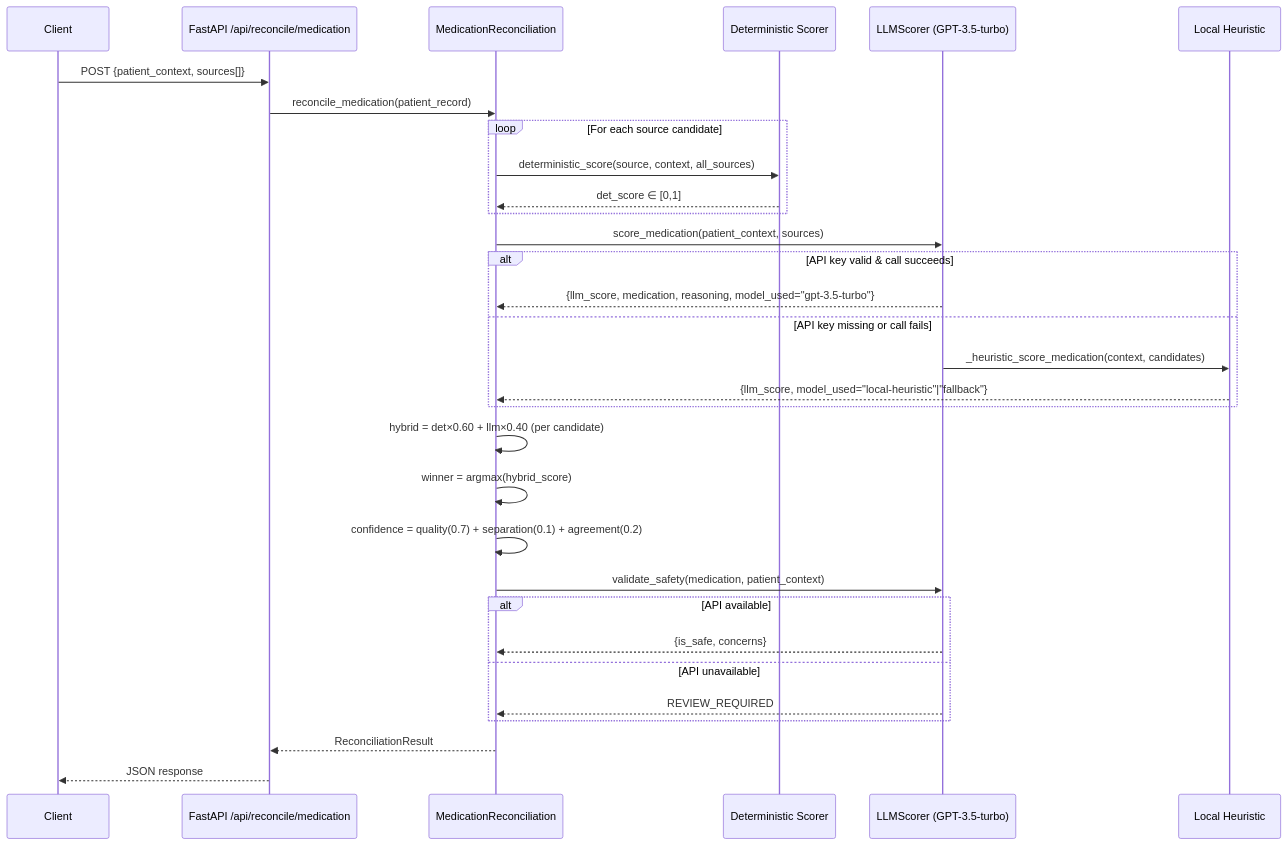
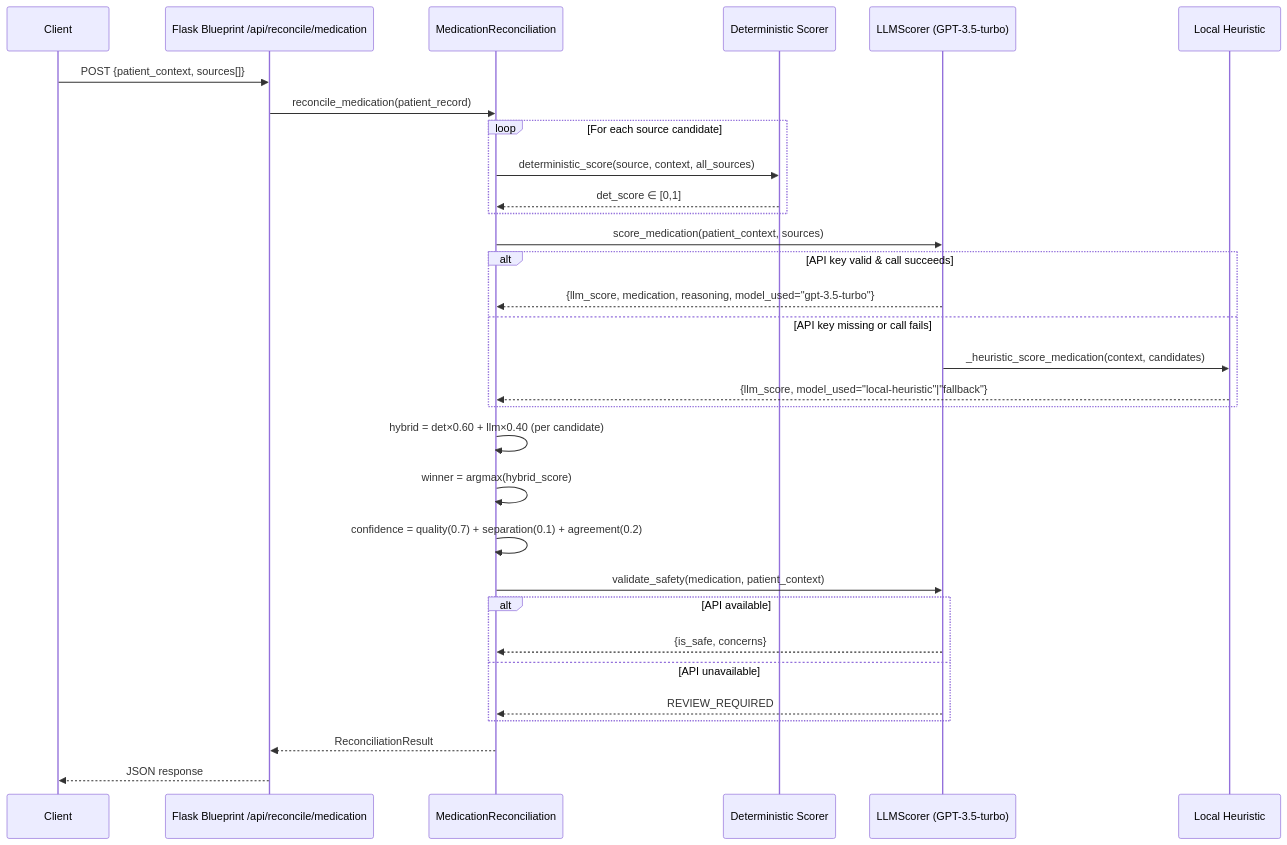
Before and after one commit to matamory/clinical-data-reconciliation: the first of 2 diagrams in docs/openspec/specs/medication-reconciliation/design.md, drawn with Mermaid. The commit also changed other lines of this file and 7 other files, not shown here.

````diff
--- a/docs/openspec/specs/medication-reconciliation/design.md
+++ b/docs/openspec/specs/medication-reconciliation/design.md
@@ -73,39 +72,39 @@
 ```mermaid
 sequenceDiagram
     participant Client
-    participant API as FastAPI /api/reconcile/medication
+    participant API as Flask Blueprint /api/reconcile/medication
     participant Reconciler as MedicationReconciliation
     participant Det as Deterministic Scorer
     participant LLM as LLMScorer (GPT-3.5-turbo)
     participant Fallback as Local Heuristic
 
     Client->>API: POST {patient_context, sources[]}
     API->>Reconciler: reconcile_medication(patient_record)
 
     loop For each source candidate
         Reconciler->>Det: deterministic_score(source, context, all_sources)
         Det-->>Reconciler: det_score ∈ [0,1]
     end
 
     Reconciler->>LLM: score_medication(patient_context, sources)
     alt API key valid & call succeeds
         LLM-->>Reconciler: {llm_score, medication, reasoning, model_used="gpt-3.5-turbo"}
     else API key missing or call fails
         LLM->>Fallback: _heuristic_score_medication(context, candidates)
         Fallback-->>Reconciler: {llm_score, model_used="local-heuristic"|"fallback"}
     end
 
     Reconciler->>Reconciler: hybrid = det×0.60 + llm×0.40 (per candidate)
     Reconciler->>Reconciler: winner = argmax(hybrid_score)
     Reconciler->>Reconciler: confidence = quality(0.7) + separation(0.1) + agreement(0.2)
 
     Reconciler->>LLM: validate_safety(medication, patient_context)
     alt API available
         LLM-->>Reconciler: {is_safe, concerns}
     else API unavailable
         LLM-->>Reconciler: REVIEW_REQUIRED
     end
 
     Reconciler-->>API: ReconciliationResult
     API-->>Client: JSON response
 ```
````
